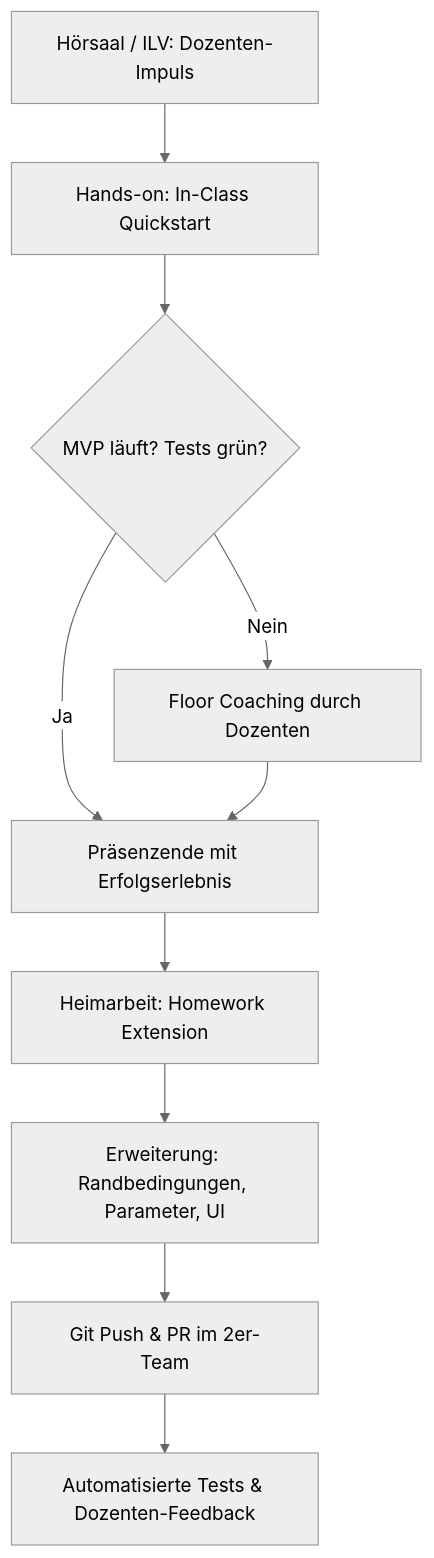
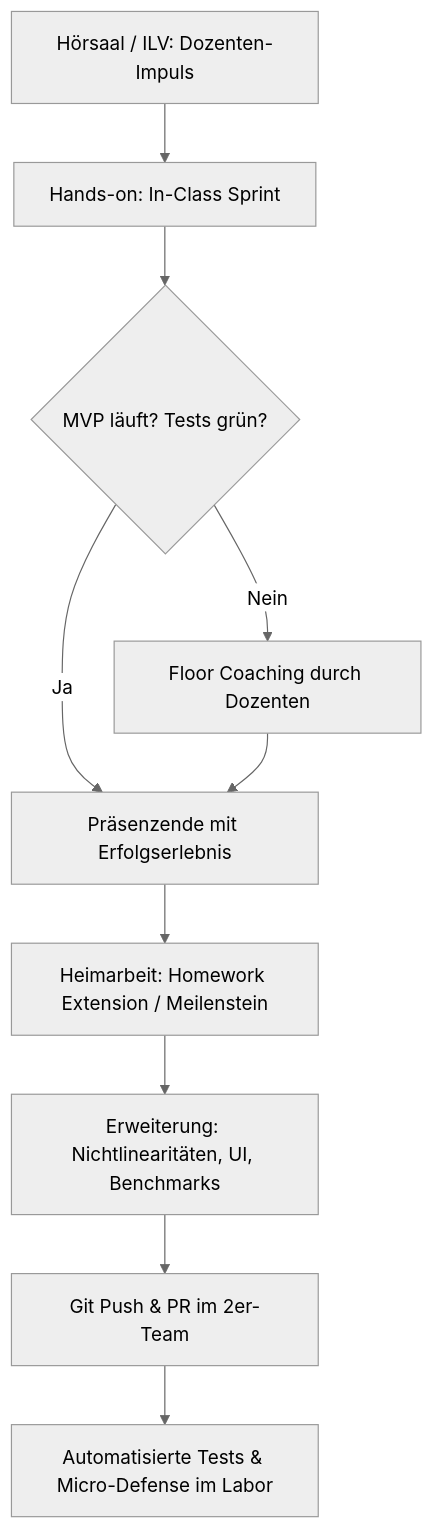
One commit to ghackenberg/kurs-computer-simulation changed the third of 4 diagrams in Konzept/01_Lehrveranstaltungsstruktur_und_Syllabus.md. Above: the diagram before and after it, drawn with Mermaid (neutral theme). The commit also changed other lines of this file and 2 other files, not shown here.

````diff
--- a/Konzept/01_Lehrveranstaltungsstruktur_und_Syllabus.md
+++ b/Konzept/01_Lehrveranstaltungsstruktur_und_Syllabus.md
@@ -423,11 +592,11 @@
 ```mermaid
 flowchart TD
-    A[Hörsaal / ILV: Dozenten-Impuls] --> B[Hands-on: In-Class Quickstart]
+    A[Hörsaal / ILV: Dozenten-Impuls] --> B[Hands-on: In-Class Sprint]
     B --> C{MVP läuft? Tests grün?}
     C -- Ja --> D[Präsenzende mit Erfolgserlebnis]
     C -- Nein --> E[Floor Coaching durch Dozenten] --> D
-    D --> F[Heimarbeit: Homework Extension]
-    F --> G[Erweiterung: Randbedingungen, Parameter, UI]
+    D --> F[Heimarbeit: Homework Extension / Meilenstein]
+    F --> G[Erweiterung: Nichtlinearitäten, UI, Benchmarks]
     G --> H[Git Push & PR im 2er-Team]
-    H --> I[Automatisierte Tests & Dozenten-Feedback]
+    H --> I[Automatisierte Tests & Micro-Defense im Labor]
 ```
````
